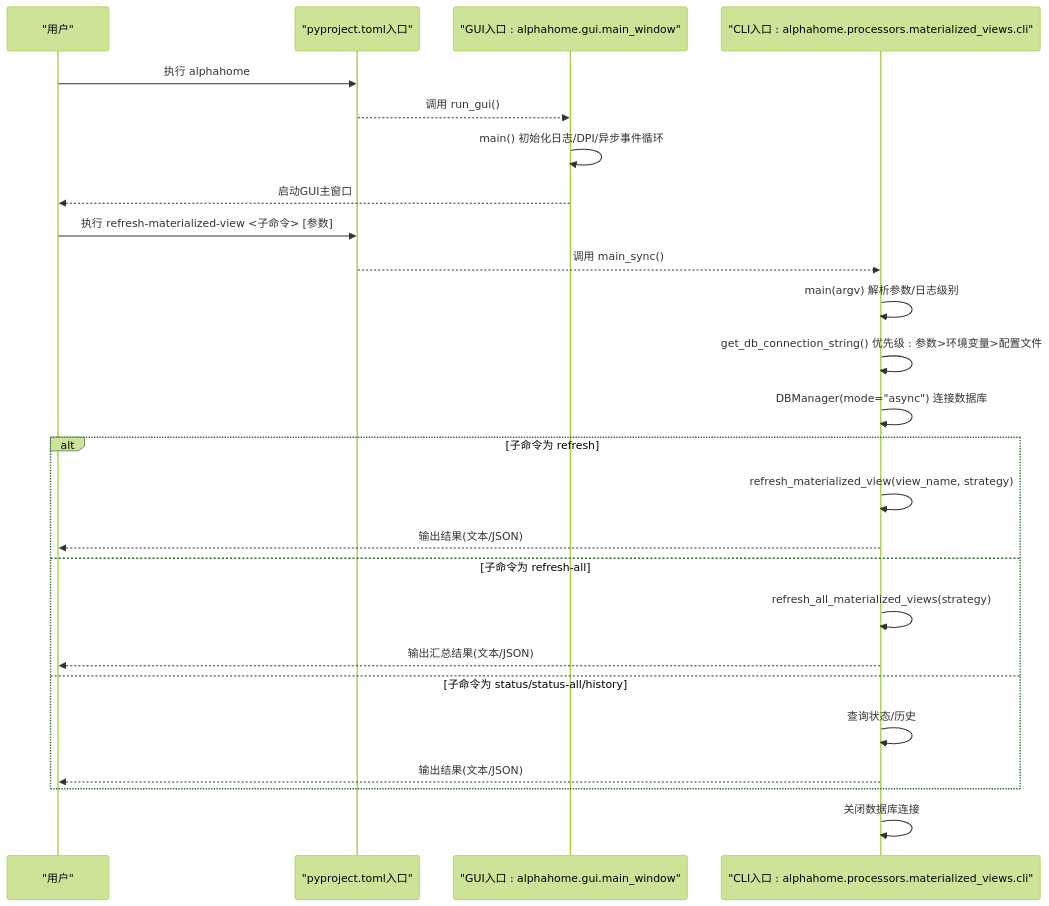
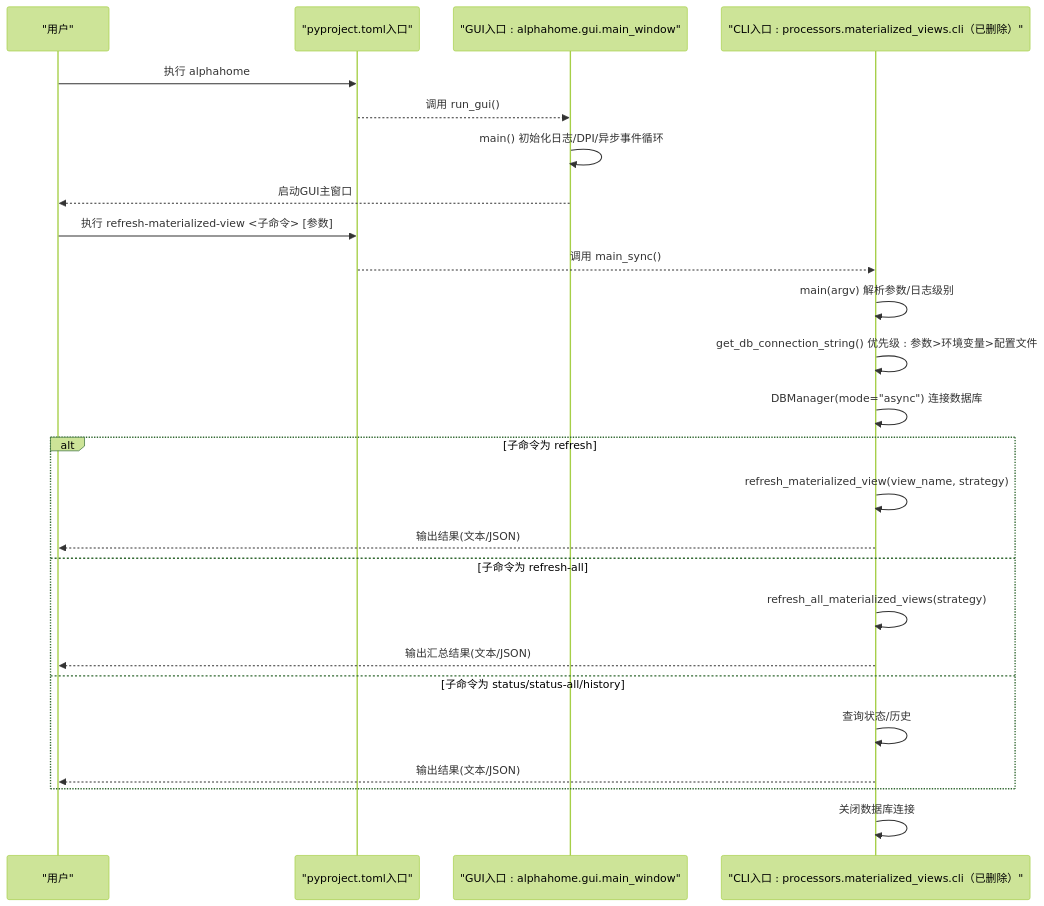
The second of 4 diagrams in .qoder/repowiki/zh/content/API参考/CLI API参考.md (Fredy518/alphaHome), drawn with Mermaid (forest theme) before and after one commit. The commit also changed other lines of this file and 305 other files, not shown here.

````diff
--- a/.qoder/repowiki/zh/content/API参考/CLI API参考.md
+++ b/.qoder/repowiki/zh/content/API参考/CLI API参考.md
@@ -94,27 +94,27 @@
 ```mermaid
 sequenceDiagram
 participant U as "用户"
 participant P as "pyproject.toml入口"
 participant G as "GUI入口 : alphahome.gui.main_window"
-participant R as "CLI入口 : alphahome.processors.materialized_views.cli"
+participant R as "CLI入口 : processors.materialized_views.cli（已删除）"
 U->>P : 执行 alphahome
 P-->>G : 调用 run_gui()
 G->>G : main() 初始化日志/DPI/异步事件循环
 G-->>U : 启动GUI主窗口
 U->>P : 执行 refresh-materialized-view <子命令> [参数]
 P-->>R : 调用 main_sync()
 R->>R : main(argv) 解析参数/日志级别
 R->>R : get_db_connection_string() 优先级 : 参数>环境变量>配置文件
 R->>R : DBManager(mode="async") 连接数据库
 alt 子命令为 refresh
 R->>R : refresh_materialized_view(view_name, strategy)
 R-->>U : 输出结果(文本/JSON)
 else 子命令为 refresh-all
 R->>R : refresh_all_materialized_views(strategy)
 R-->>U : 输出汇总结果(文本/JSON)
 else 子命令为 status/status-all/history
 R->>R : 查询状态/历史
 R-->>U : 输出结果(文本/JSON)
 end
 R->>R : 关闭数据库连接
 ```
````
